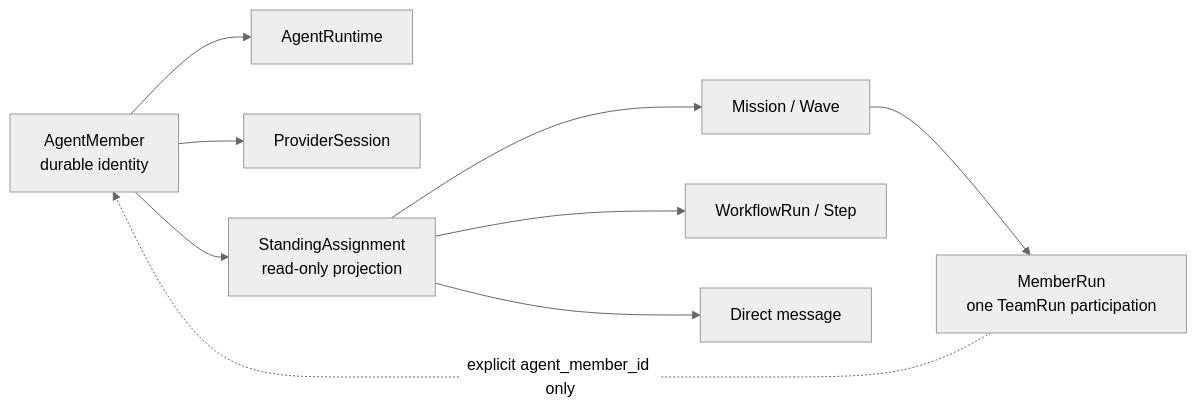
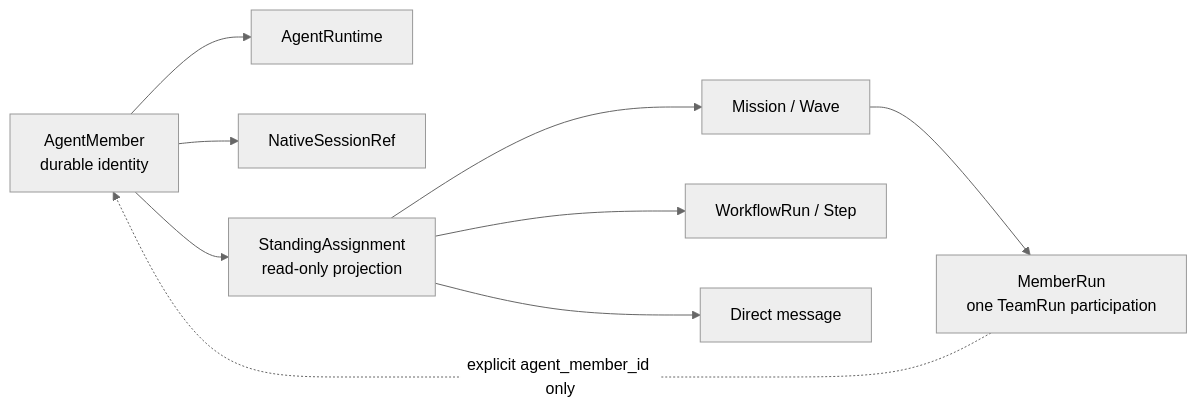
The diagram in docs/dashboard/pages/standing-agent-focus.md (cyl19970726/multi-agent-harness), drawn with Mermaid (neutral theme) before and after one commit. The commit also changed other lines of this file and 49 other files, not shown here.

````diff
--- a/docs/dashboard/pages/standing-agent-focus.md
+++ b/docs/dashboard/pages/standing-agent-focus.md
@@ -22,11 +22,11 @@
 ```mermaid
 flowchart LR
   A["AgentMember\ndurable identity"] --> R["AgentRuntime"]
-  A --> S["ProviderSession"]
+  A --> S["NativeSessionRef"]
   A --> X["StandingAssignment\nread-only projection"]
   X --> M["Mission / Wave"]
   X --> W["WorkflowRun / Step"]
   X --> D["Direct message"]
   M --> MR["MemberRun\none TeamRun participation"]
   MR -. "explicit agent_member_id only" .-> A
 ```
````
